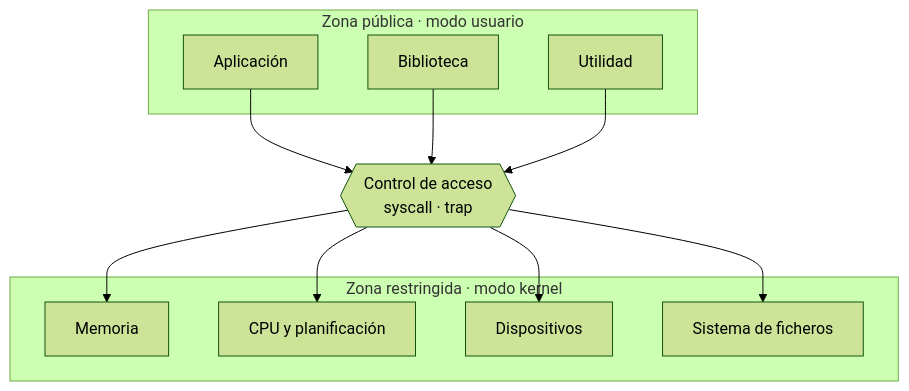
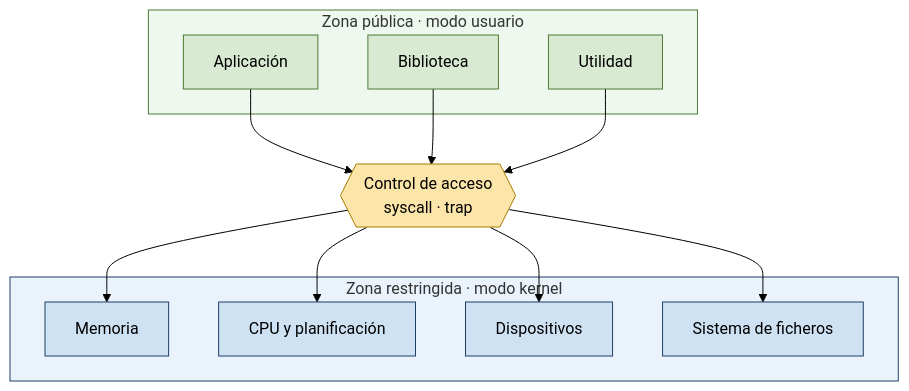
One commit to asiermarzo/ssoo changed the second of 3 diagrams in TEORIA/02-espacio-usuario-espacio-kernel/README.md. Above: the diagram before and after it, drawn with Mermaid (forest theme). The commit also changed other lines of this file and 25 other files, not shown here.

Commit message:
refinado de diagramas mermaid y svg

````diff
--- a/TEORIA/02-espacio-usuario-espacio-kernel/README.md
+++ b/TEORIA/02-espacio-usuario-espacio-kernel/README.md
@@ -54,22 +60,31 @@
 ```mermaid
 flowchart TB
     subgraph U["Zona pública · modo usuario"]
         A1[Aplicación]
         A2[Biblioteca]
         A3[Utilidad]
     end
     G{{"Control de acceso<br/>syscall · trap"}}
     subgraph K["Zona restringida · modo kernel"]
         MEM[Memoria]
         CPU[CPU y planificación]
         DEV[Dispositivos]
         FS[Sistema de ficheros]
     end
     A1 --> G
     A2 --> G
     A3 --> G
     G --> MEM
     G --> CPU
     G --> DEV
     G --> FS
+
+    classDef usuario fill:#d9ead3,stroke:#4d7a33,color:#000;
+    classDef kernel fill:#cfe2f3,stroke:#1f3f66,color:#000;
+    classDef gate fill:#fce5a8,stroke:#a67c00,color:#000;
+    class A1,A2,A3 usuario;
+    class MEM,CPU,DEV,FS kernel;
+    class G gate;
+    style U fill:#eef8ee,stroke:#4d7a33,stroke-width:1px;
+    style K fill:#eaf2fb,stroke:#1f3f66,stroke-width:1px;
 ```
````
